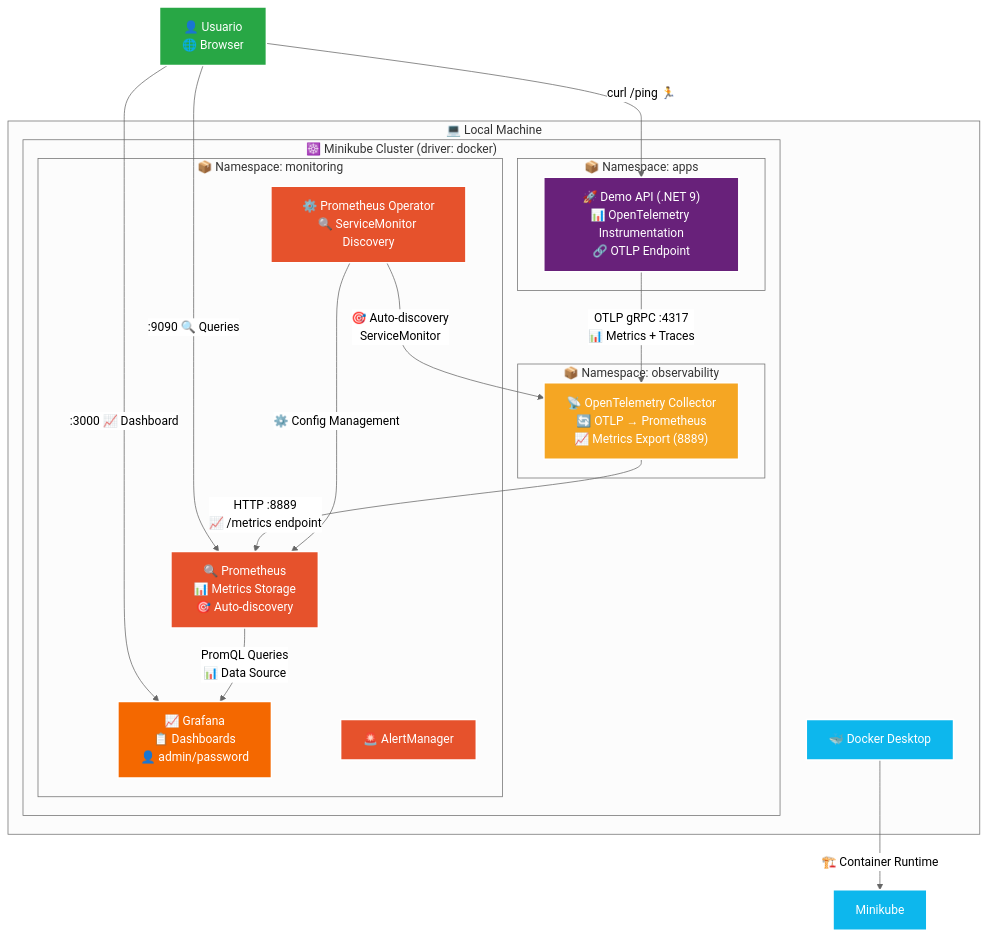
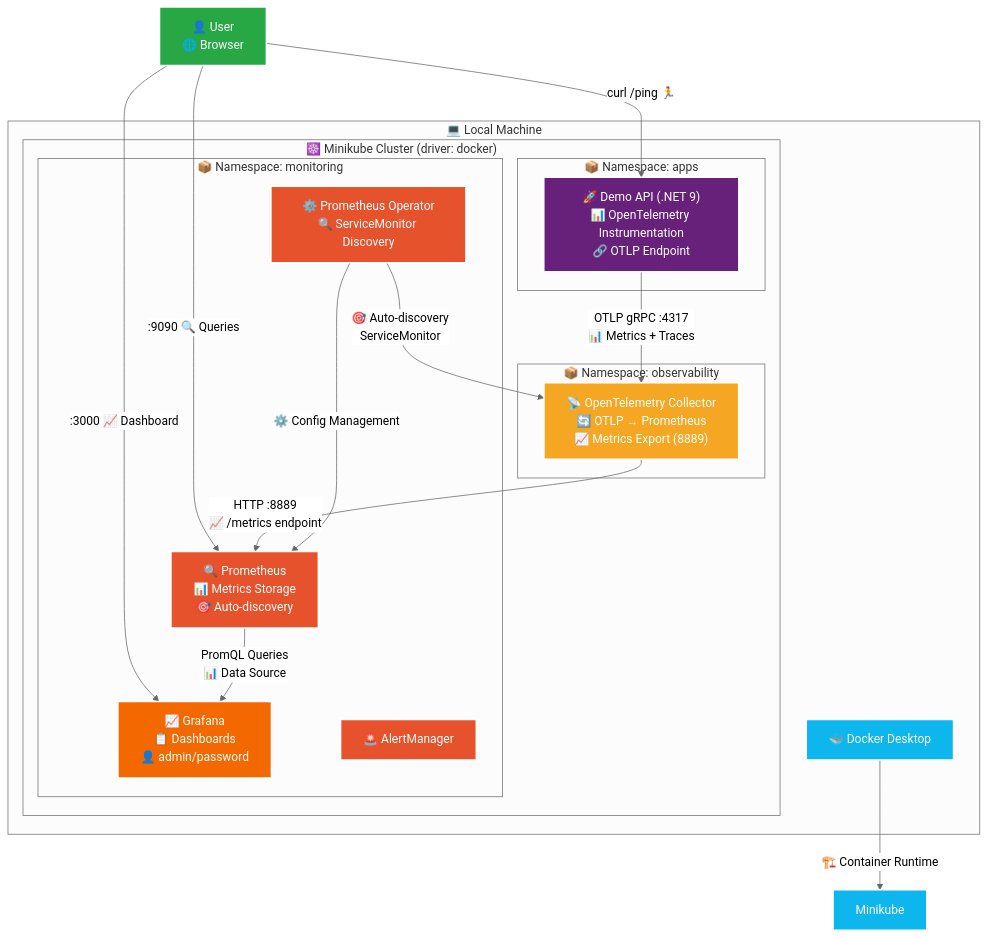
Before and after one commit to RubenGomGar/monitoring-workshop: the first of 4 diagrams in architecture-diagram.md, drawn with Mermaid (neutral theme). The commit also changed other lines of this file and 3 other files, not shown here.

````diff
--- a/architecture-diagram.md
+++ b/architecture-diagram.md
@@ -43,61 +43,61 @@
 ```mermaid
 graph TB
-    %% Estilo de los nodos
+    %% Node styles
     classDef k8s fill:#326CE5,stroke:#ffffff,stroke-width:2px,color:#ffffff
     classDef app fill:#68217A,stroke:#ffffff,stroke-width:2px,color:#ffffff
     classDef otel fill:#F5A623,stroke:#ffffff,stroke-width:2px,color:#ffffff
     classDef prometheus fill:#E6522C,stroke:#ffffff,stroke-width:2px,color:#ffffff
     classDef grafana fill:#F46800,stroke:#ffffff,stroke-width:2px,color:#ffffff
     classDef docker fill:#0db7ed,stroke:#ffffff,stroke-width:2px,color:#ffffff
     classDef user fill:#28a745,stroke:#ffffff,stroke-width:2px,color:#ffffff
 
-    %% Docker y Minikube
+    %% Docker and Minikube
     subgraph "💻 Local Machine"
         Docker["🐳 Docker Desktop"]
         
         subgraph "☸️ Minikube Cluster (driver: docker)"
             subgraph "📦 Namespace: apps"
                 DemoAPI["🚀 Demo API (.NET 9)\n📊 OpenTelemetry Instrumentation\n🔗 OTLP Endpoint"]
             end
             
             subgraph "📦 Namespace: observability"
                 OTelCollector["📡 OpenTelemetry Collector\n🔄 OTLP → Prometheus\n📈 Metrics Export (8889)"]
             end
             
             subgraph "📦 Namespace: monitoring"
                 Prometheus["🔍 Prometheus\n📊 Metrics Storage\n🎯 Auto-discovery"]
                 Grafana["📈 Grafana\n📋 Dashboards\n👤 admin/password"]
                 AlertManager["🚨 AlertManager"]
                 PrometheusOperator["⚙️ Prometheus Operator\n🔍 ServiceMonitor Discovery"]
             end
         end
     end
     
-    %% Usuario
-    User["👤 Usuario\n🌐 Browser"]
+    %% User
+    User["👤 User\n🌐 Browser"]
     
-    %% Conexiones principales
+    %% Main connections
     User -->|":3000 📈 Dashboard"| Grafana
     User -->|":9090 🔍 Queries"| Prometheus
     User -->|"curl /ping 🏃"| DemoAPI
     
-    %% Flujo de datos
+    %% Data flow
     DemoAPI -->|"OTLP gRPC :4317\n📊 Metrics + Traces"| OTelCollector
     OTelCollector -->|"HTTP :8889\n📈 /metrics endpoint"| Prometheus
     Prometheus -->|"PromQL Queries\n📊 Data Source"| Grafana
     
     %% ServiceMonitor
     PrometheusOperator -->|"🎯 Auto-discovery\nServiceMonitor"| OTelCollector
     PrometheusOperator -->|"⚙️ Config Management"| Prometheus
     
     %% Docker relationship
     Docker -->|"🏗️ Container Runtime"| Minikube
     
-    %% Aplicar estilos
+    %% Apply styles
     class Docker,Minikube docker
     class DemoAPI app
     class OTelCollector otel
     class Prometheus,PrometheusOperator,AlertManager prometheus
     class Grafana grafana
     class User user
 ```
````
